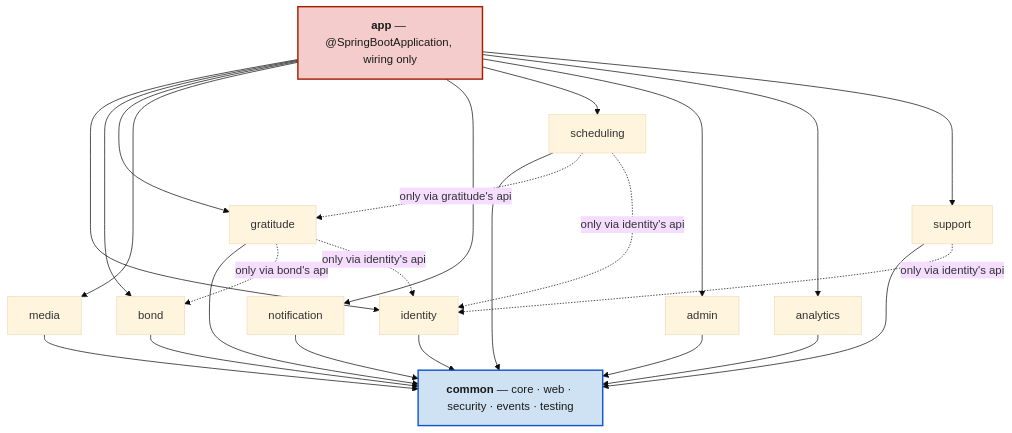
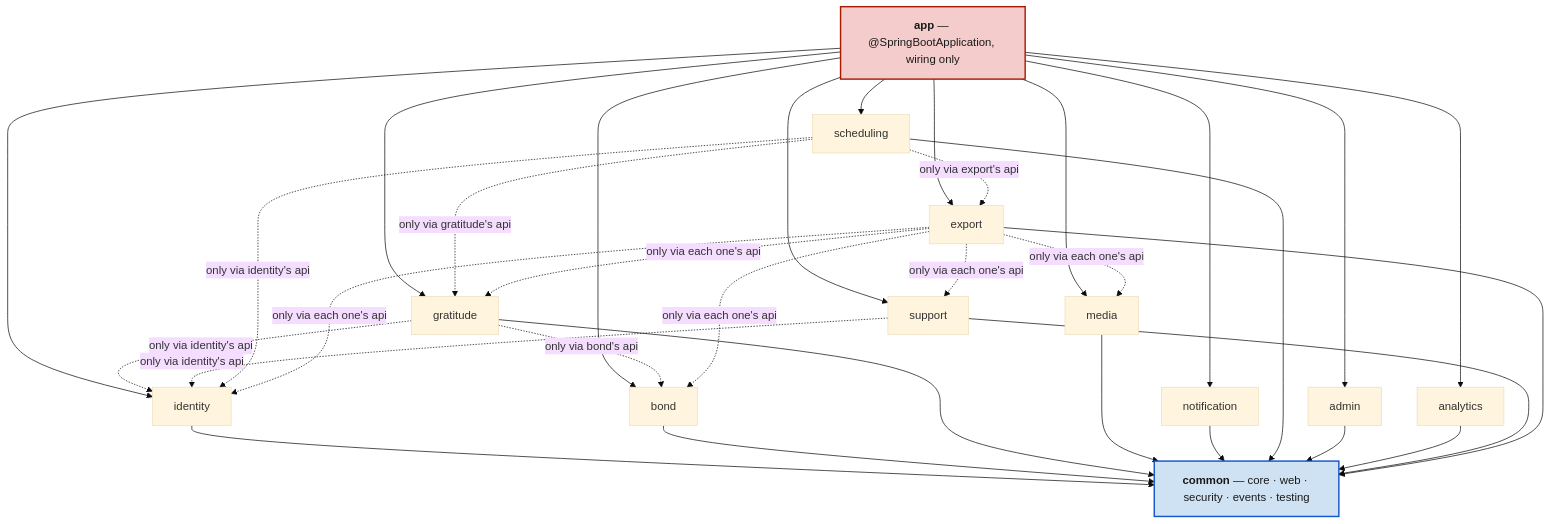
One commit to Ayodeji97/moyi-backend changed the first of 2 diagrams in README.md. Above: the diagram before and after it, drawn with Mermaid (base theme). The commit also changed other lines of this file and 9 other files, not shown here.

````diff
--- a/README.md
+++ b/README.md
@@ -204,33 +204,36 @@
 ```mermaid
 flowchart TD
     app["<b>app</b> — @SpringBootApplication, wiring only"]
 
     identity["identity"]
     bond["bond"]
     gratitude["gratitude"]
     media["media"]
     notification["notification"]
     scheduling["scheduling"]
     admin["admin"]
     analytics["analytics"]
     support["support"]
+    export["export"]
 
     common["<b>common</b> — core · web · security · events · testing"]
 
     app --> identity & bond & gratitude & media
-    app --> notification & scheduling & admin & analytics & support
+    app --> notification & scheduling & admin & analytics & support & export
 
     identity & bond & gratitude & media --> common
-    notification & scheduling & admin & analytics & support --> common
+    notification & scheduling & admin & analytics & support & export --> common
 
     gratitude -. "only via bond's api" .-> bond
     gratitude -. "only via identity's api" .-> identity
     scheduling -. "only via gratitude's api" .-> gratitude
     support -. "only via identity's api" .-> identity
     scheduling -. "only via identity's api" .-> identity
+    export -. "only via each one's api" .-> gratitude & bond & identity & media & support
+    scheduling -. "only via export's api" .-> export
 
     classDef wiring fill:#f4cccc,stroke:#a61c00,stroke-width:2px,color:#1a1a1a
     classDef shared fill:#cfe2f3,stroke:#1155cc,stroke-width:2px,color:#1a1a1a
     class app wiring
     class common shared
 ```
````
